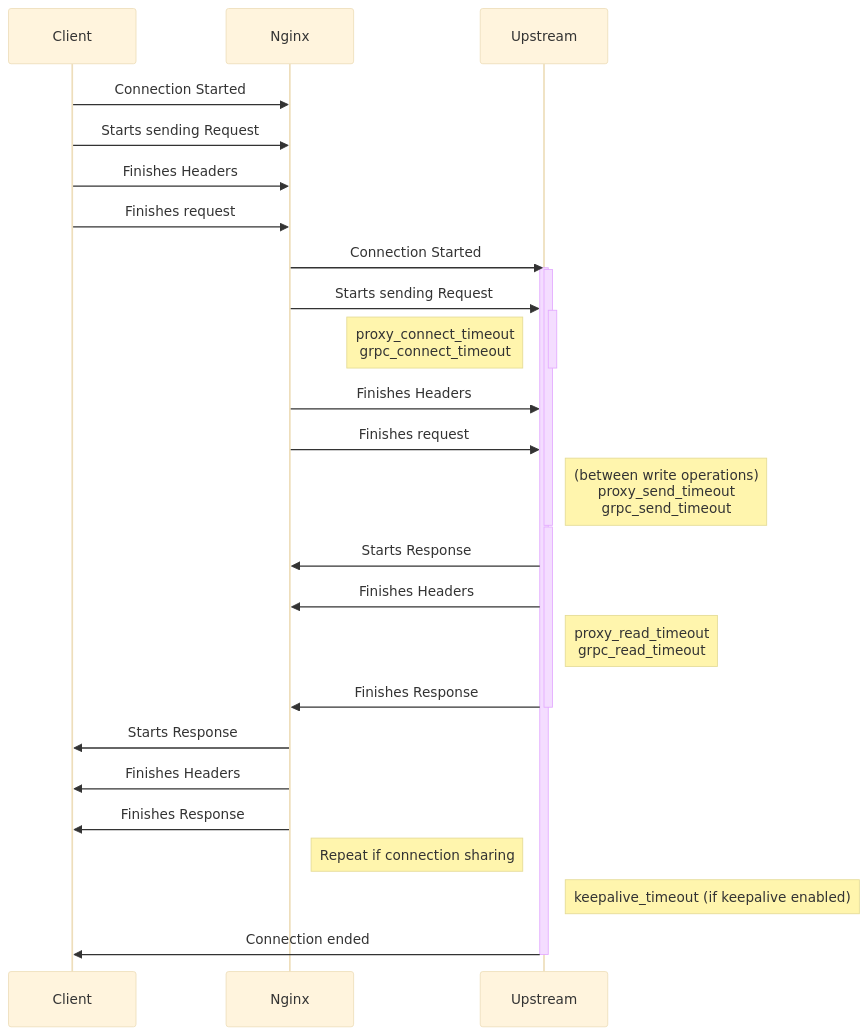
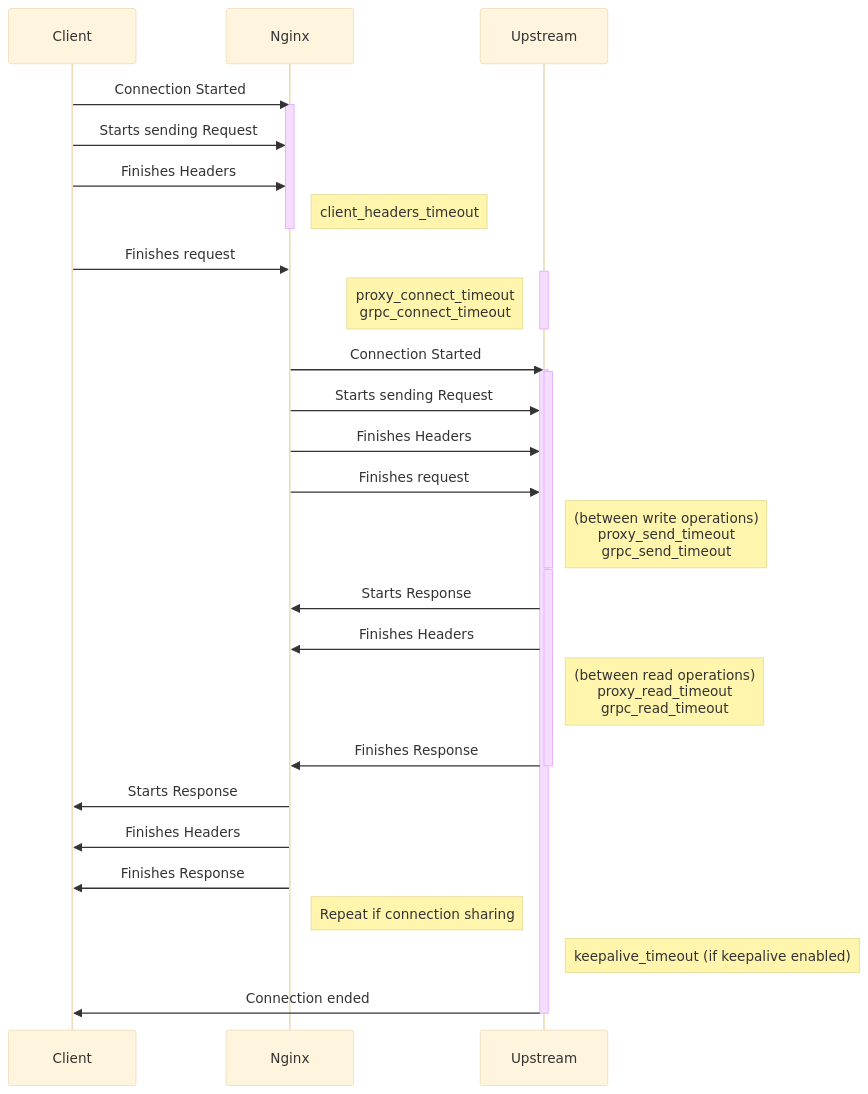
Before and after one commit to kubernetes-sigs/gateway-api: the third of 5 diagrams in geps/gep-1742.md, drawn with Mermaid (base theme).

Commit message:
Edit Nginx timeouts diagram to match Envoy's in gep-1742.md

````diff
--- a/geps/gep-1742.md
+++ b/geps/gep-1742.md
@@ -158,34 +158,37 @@
 ```mermaid
 sequenceDiagram
     participant C as Client
     participant P as Nginx
     participant U as Upstream
     C->>P: Connection Started
+    activate P
     C->>P: Starts sending Request
     C->>P: Finishes Headers
+    Note right of P: client_headers_timeout
+    deactivate P
     C->>P: Finishes request
+    activate U
+    note left of U: proxy_connect_timeout<br/>grpc_connect_timeout
+    deactivate U
     P->>U: Connection Started
     Activate U
 	  Activate U
     P->>U: Starts sending Request
-    activate U
-    note left of U: proxy_connect_timeout<br/>grpc_connect_timeout
-    deactivate U
     P->>U: Finishes Headers
 		P->>U: Finishes request
     Note right of U: (between write operations)<br/>proxy_send_timeout<br/>grpc_send_timeout
     deactivate U
 		activate U
     U->>P: Starts Response
     U->>P: Finishes Headers
-        Note right of U: proxy_read_timeout<br/>grpc_read_timeout
+        Note right of U: (between read operations)<br/>proxy_read_timeout<br/>grpc_read_timeout
     U->>P: Finishes Response
     deactivate U
     P->>C: Starts Response
     P->>C: Finishes Headers
     P->>C: Finishes Response
     Note right of P: Repeat if connection sharing
     Note Right of U: keepalive_timeout (if keepalive enabled)
     U->>C: Connection ended
 		deactivate U
 ```
````
